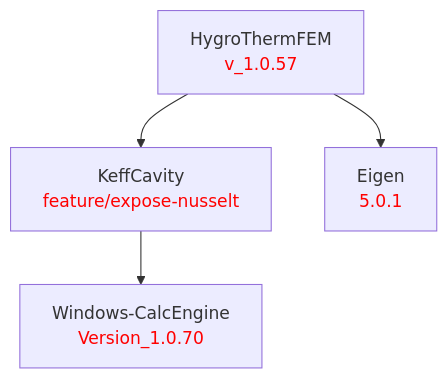
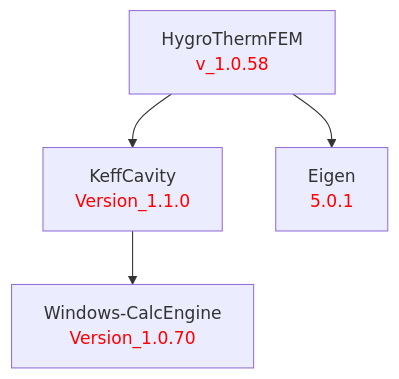
The diagram in doc/HygroThermFEM.md (LBNL-ETA/HygroThermFEM), drawn with Mermaid before and after one commit. The commit also changed 1 other file, not shown here.

Commit message:
Bump to 1.0.58; pin KeffCavity Version_1.1.0

````diff
--- a/doc/HygroThermFEM.md
+++ b/doc/HygroThermFEM.md
@@ -1,13 +1,13 @@
 ```mermaid
 graph TD
     %% Package definitions
-    HygroThermFEM[HygroThermFEM<br/><font color='red'>v_1.0.57</font>]
-    KeffCavity[KeffCavity<br/><font color='red'>feature/expose-nusselt</font>]
+    HygroThermFEM[HygroThermFEM<br/><font color='red'>v_1.0.58</font>]
+    KeffCavity[KeffCavity<br/><font color='red'>Version_1.1.0</font>]
     Eigen[Eigen<br/><font color='red'>5.0.1</font>]
     WindowsCalcEngine[Windows-CalcEngine<br/><font color='red'>Version_1.0.70</font>]
 
     %% Package relations
     HygroThermFEM --> KeffCavity
     HygroThermFEM --> Eigen
     KeffCavity --> WindowsCalcEngine
 ```
````
